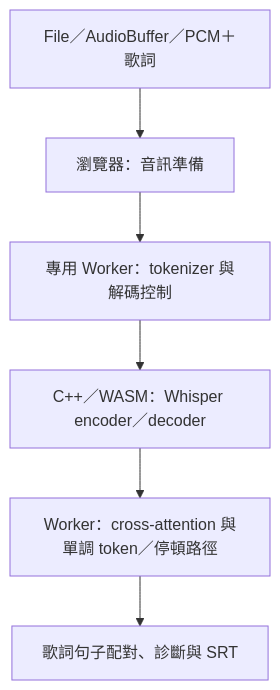
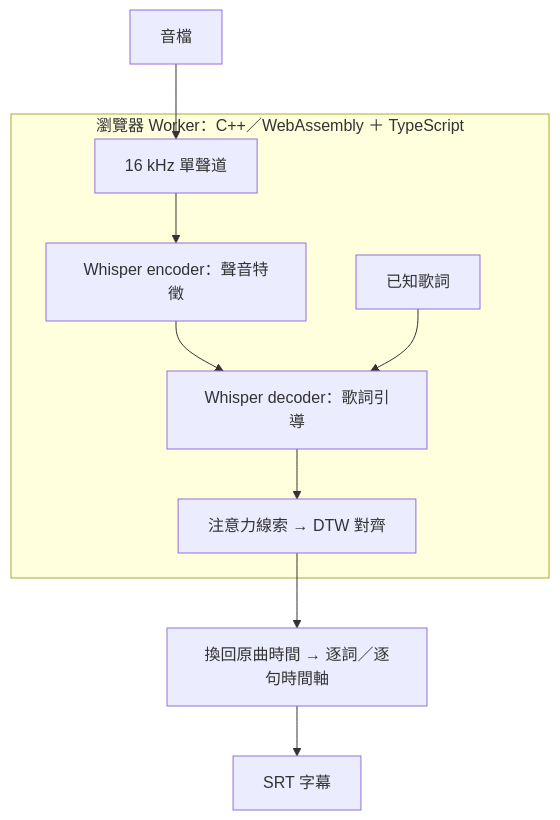
One commit to twkevinzhang/lyric-align-ts changed the diagram in README.md. Above: the diagram before and after it, drawn with Mermaid. The commit also changed other lines of this file and 10 other files, not shown here.

````diff
--- a/README.md
+++ b/README.md
@@ -101,8 +9,12 @@
 ```mermaid
 flowchart TD
-    A[File／AudioBuffer／PCM＋歌詞] --> B[瀏覽器：音訊準備]
-    B --> C[專用 Worker：tokenizer 與解碼控制]
-    C --> D[C++／WASM：Whisper encoder／decoder]
-    D --> E[Worker：cross-attention 與單調 token／停頓路徑]
-    E --> F[歌詞句子配對、診斷與 SRT]
+    A[音檔] --> B[16 kHz 單聲道]
+    subgraph W["瀏覽器 Worker：C++／WebAssembly ＋ TypeScript"]
+        B --> C[Whisper encoder：聲音特徵]
+        C --> D[Whisper decoder：歌詞引導]
+        E[已知歌詞] --> D
+        D --> F[注意力線索 → DTW 對齊]
+    end
+    F --> G[換回原曲時間 → 逐詞／逐句時間軸]
+    G --> H[SRT 字幕]
 ```
````
